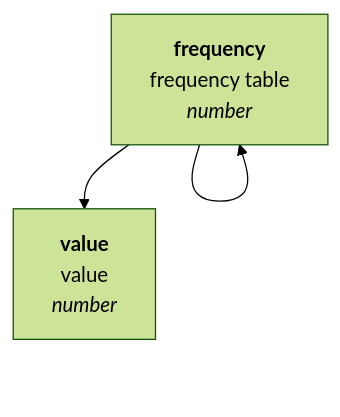
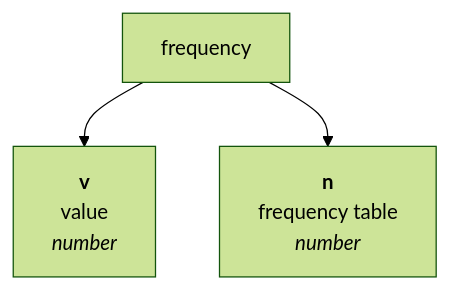
Before and after one commit to muzikp/retusa: diagram 15 of 23 in docs/en-GB/vector.md, drawn with Mermaid (forest theme). The commit also changed other lines of this file and 7 other files, not shown here.

````diff
--- a/docs/en-GB/vector.md
+++ b/docs/en-GB/vector.md
@@ -440,6 +440,6 @@
 ```mermaid
 graph TD
-frequency --> value[<b>value</b><br>value <br><i>number</i>]
-frequency --> frequency[<b>frequency</b><br>frequency table <br><i>number</i>]
+frequency --> v[<b>v</b><br>value <br><i>number</i>]
+frequency --> n[<b>n</b><br>frequency table <br><i>number</i>]
 
 ```
````
